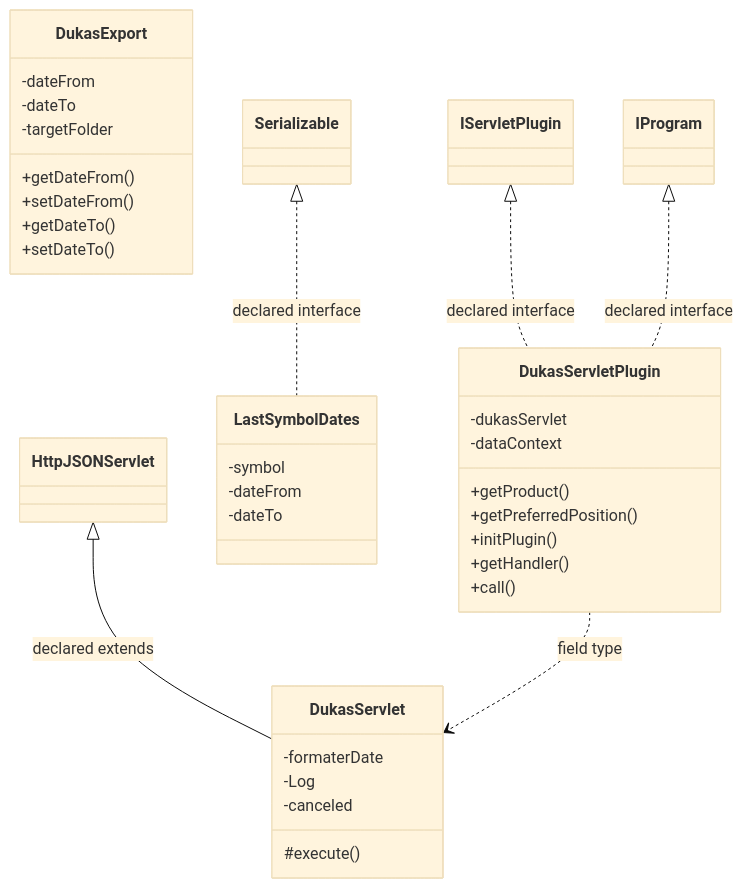
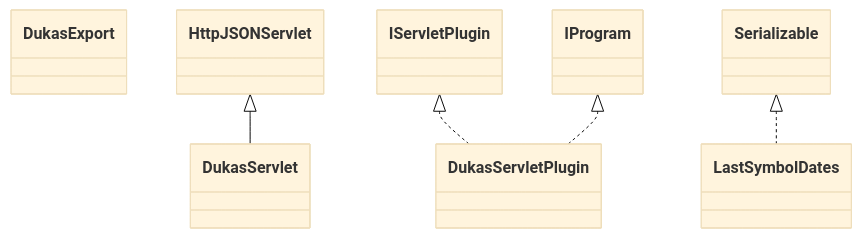
The diagram in docs/sqx/DataManager/DataSourceDukascopy.md (haruperi/HaruQuantAI), drawn with Mermaid (base theme) before and after one commit. The commit also changed other lines of this file and 1688 other files, not shown here.

````diff
--- a/docs/sqx/DataManager/DataSourceDukascopy.md
+++ b/docs/sqx/DataManager/DataSourceDukascopy.md
@@ -30,41 +26,15 @@
 ```mermaid
 classDiagram
-    class C0d87b1750ea6["DukasExport"] {
-        -dateFrom
-        -dateTo
-        -targetFolder
-        +getDateFrom()
-        +setDateFrom()
-        +getDateTo()
-        +setDateTo()
-    }
-    class Cfa7f43d9ba41["DukasServlet"] {
-        -formaterDate
-        -Log
-        -canceled
-        #execute()
-    }
-    class Cd0eb906fffa0["DukasServletPlugin"] {
-        -dukasServlet
-        -dataContext
-        +getProduct()
-        +getPreferredPosition()
-        +initPlugin()
-        +getHandler()
-        +call()
-    }
-    class C98149440b9fc["LastSymbolDates"] {
-        -symbol
-        -dateFrom
-        -dateTo
-    }
-    class C1b6b4448b67b["IProgram"]
-    class C249b5c671b1a["IServletPlugin"]
-    class C8900f90ae594["HttpJSONServlet"]
-    class C210d9b760f82["Serializable"]
-    C8900f90ae594 <|-- Cfa7f43d9ba41 : declared extends
-    C249b5c671b1a <|.. Cd0eb906fffa0 : declared interface
-    C1b6b4448b67b <|.. Cd0eb906fffa0 : declared interface
-    Cd0eb906fffa0 ..> Cfa7f43d9ba41 : field type
-    C210d9b760f82 <|.. C98149440b9fc : declared interface
+    class C0["DukasExport"]
+    class C1["DukasServlet"]
+    class C2["DukasServletPlugin"]
+    class C3["LastSymbolDates"]
+    class E0["HttpJSONServlet"]
+    E0 <|-- C1
+    class E1["IServletPlugin"]
+    E1 <|.. C2
+    class E2["IProgram"]
+    E2 <|.. C2
+    class E3["Serializable"]
+    E3 <|.. C3
 ```
````
